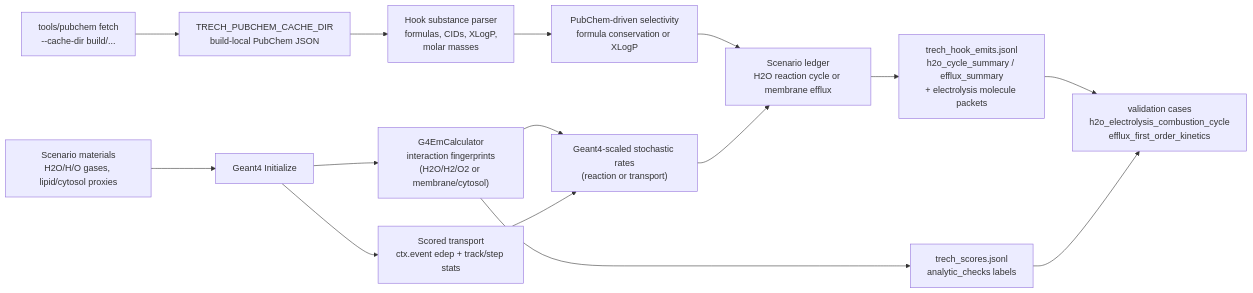
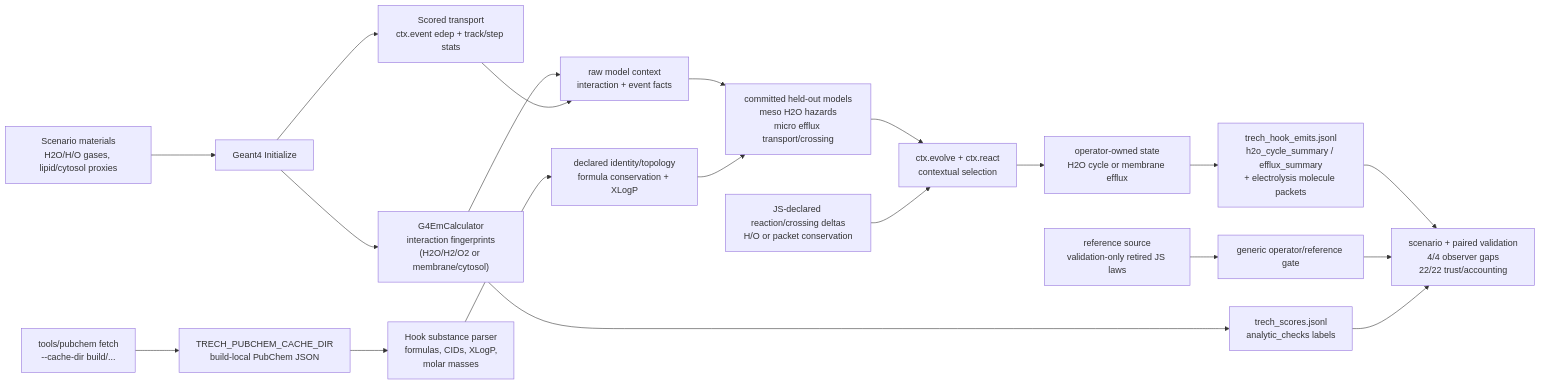
Before and after one commit to Geckos-Ink/trech: the eighth of 26 diagrams in CHARTS.md, drawn with Mermaid. The commit also changed other lines of this file and 20 other files, not shown here.

Commit message:
Migrate JS reaction and efflux laws to operators

````diff
--- a/CHARTS.md
+++ b/CHARTS.md
@@ -164,17 +164,22 @@
 ```mermaid
 flowchart LR
   FETCH["tools/pubchem fetch\n--cache-dir build/..."] --> CACHE["TRECH_PUBCHEM_CACHE_DIR\nbuild-local PubChem JSON"]
   CACHE --> FORM["Hook substance parser\nformulas, CIDs, XLogP,\nmolar masses"]
   CFGMAT["Scenario materials\nH2O/H/O gases, lipid/cytosol proxies"] --> G4INIT["Geant4 Initialize"]
   G4INIT --> EMC2["G4EmCalculator\ninteraction fingerprints\n(H2O/H2/O2 or membrane/cytosol)"]
   G4INIT --> ETRAN["Scored transport\nctx.event edep + track/step stats"]
-  EMC2 --> RATE["Geant4-scaled stochastic rates\n(reaction or transport)"]
-  ETRAN --> RATE
-  FORM --> SELECT["PubChem-driven selectivity\nformula conservation or XLogP"]
-  SELECT --> LEDGER["Scenario ledger\nH2O reaction cycle or membrane efflux"]
-  RATE --> LEDGER
+  EMC2 --> FEATURES["raw model context\ninteraction + event facts"]
+  ETRAN --> FEATURES
+  FORM --> SELECT["declared identity/topology\nformula conservation + XLogP"]
+  FEATURES --> MODELS["committed held-out models\nmeso H2O hazards\nmicro efflux transport/crossing"]
+  SELECT --> MODELS
+  MODELS --> OPS["ctx.evolve + ctx.react\ncontextual selection"]
+  MATRIX["JS-declared reaction/crossing deltas\nH/O or packet conservation"] --> OPS
+  OPS --> LEDGER["operator-owned state\nH2O cycle or membrane efflux"]
   LEDGER --> EMITS["trech_hook_emits.jsonl\nh2o_cycle_summary / efflux_summary\n+ electrolysis molecule packets"]
   EMC2 --> SCORES["trech_scores.jsonl\nanalytic_checks labels"]
-  EMITS --> VAL["validation cases\nh2o_electrolysis_combustion_cycle\nefflux_first_order_kinetics"]
+  TEACH["reference source\nvalidation-only retired JS laws"] --> PAIR["generic operator/reference gate"]
+  EMITS --> VAL["scenario + paired validation\n4/4 observer gaps\n22/22 trust/accounting"]
+  PAIR --> VAL
   SCORES --> VAL
 ```
````
